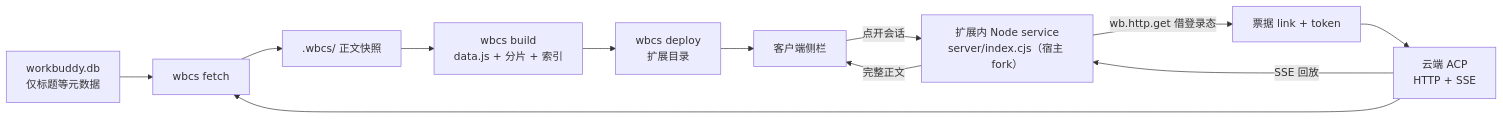
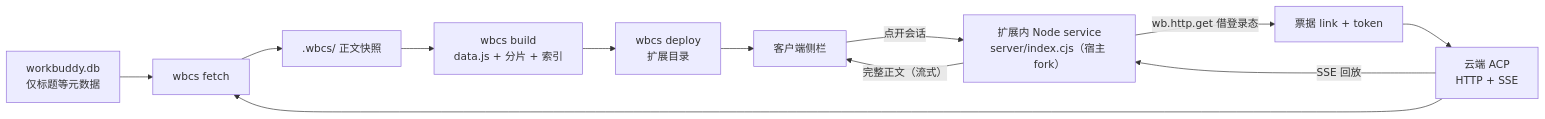
Before and after one commit to yhm138/workbuddy-cloud-sessions: the diagram in README.md, drawn with Mermaid. The commit also changed other lines of this file and 29 other files, not shown here.

````diff
--- a/README.md
+++ b/README.md
@@ -162,15 +176,15 @@
 ```mermaid
 flowchart LR
   A["workbuddy.db<br/>仅标题等元数据"] --> B["wbcs fetch"]
   C["云端 ACP<br/>HTTP + SSE"] --> B
   B --> D[".wbcs/ 正文快照"]
   D --> E["wbcs build<br/>data.js + 分片 + 索引"]
   E --> F["wbcs deploy<br/>扩展目录"]
   F --> G["客户端侧栏"]
 
   G -- "点开会话" --> H["扩展内 Node service<br/>server/index.cjs（宿主 fork）"]
   H -- "wb.http.get 借登录态" --> I["票据 link + token"]
   I --> C
   C -- "SSE 回放" --> H
-  H -- "完整正文" --> G
+  H -- "完整正文（流式）" --> G
 ```
````
